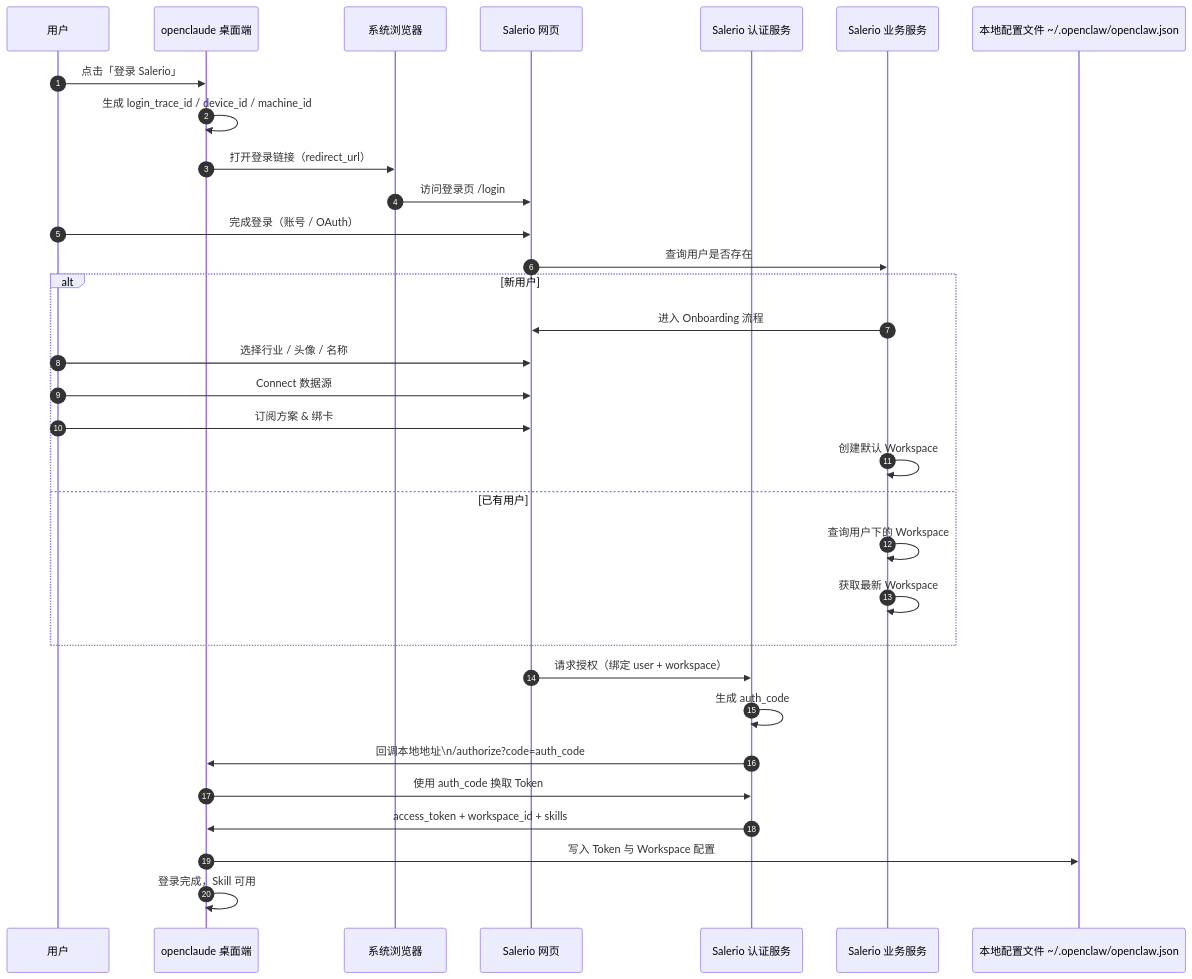
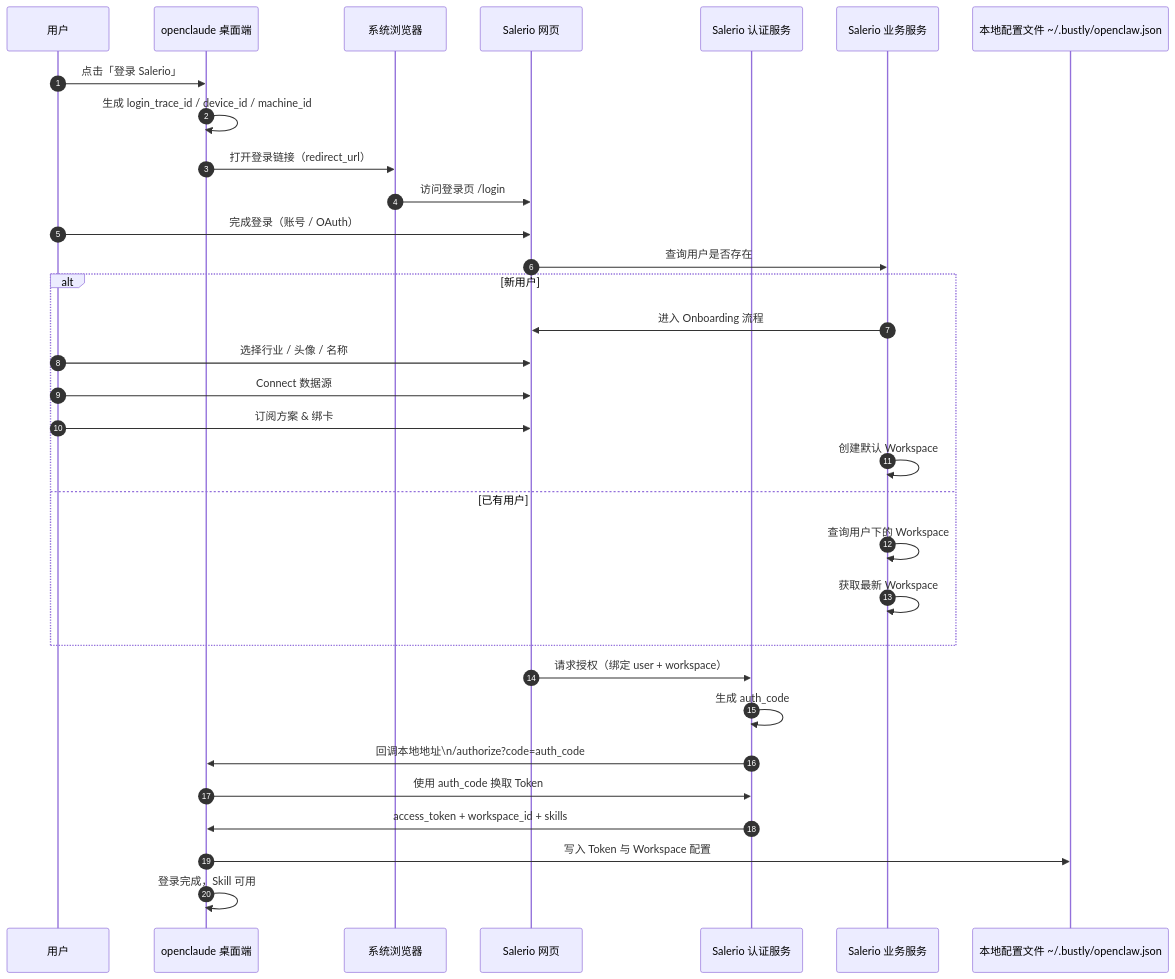
The diagram in docs/bustly/01、SignUp.md (salerio-ai/openclaw), drawn with Mermaid before and after one commit. The commit also changed other lines of this file and 256 other files, not shown here.

First line of the commit message:
refactor: 将默认配置目录从 .openclaw 重命名为 .bustly

````diff
--- a/docs/bustly/01、SignUp.md
+++ b/docs/bustly/01、SignUp.md
@@ -120,45 +120,45 @@
 ```mermaid
 sequenceDiagram
     autonumber
 
     participant 用户
     participant 桌面端 as openclaude 桌面端
     participant 浏览器 as 系统浏览器
     participant 网页端 as Salerio 网页
     participant 认证服务 as Salerio 认证服务
     participant 业务服务 as Salerio 业务服务
-    participant 桌面文件 as 本地配置文件 ~/.openclaw/openclaw.json
+    participant 桌面文件 as 本地配置文件 ~/.bustly/openclaw.json
 
     %% ===== 触发登录 =====
     用户->>桌面端: 点击「登录 Salerio」
     桌面端->>桌面端: 生成 login_trace_id / device_id / machine_id
     桌面端->>浏览器: 打开登录链接（redirect_url）
     浏览器->>网页端: 访问登录页 /login
     用户->>网页端: 完成登录（账号 / OAuth）
 
     %% ===== 用户存在性判断 =====
     网页端->>业务服务: 查询用户是否存在
     alt 新用户
         业务服务->>网页端: 进入 Onboarding 流程
         用户->>网页端: 选择行业 / 头像 / 名称
         用户->>网页端: Connect 数据源
         用户->>网页端: 订阅方案 & 绑卡
         业务服务->>业务服务: 创建默认 Workspace
     else 已有用户
         业务服务->>业务服务: 查询用户下的 Workspace
         业务服务->>业务服务: 获取最新 Workspace
     end
 
     %% ===== 授权与回调 =====
     网页端->>认证服务: 请求授权（绑定 user + workspace）
     认证服务->>认证服务: 生成 auth_code
     认证服务->>桌面端: 回调本地地址\n/authorize?code=auth_code
 
     %% ===== 换取 Token =====
     桌面端->>认证服务: 使用 auth_code 换取 Token
     认证服务->>桌面端: access_token + workspace_id + skills
 
     %% ===== 写入本地配置 =====
     桌面端->>桌面文件: 写入 Token 与 Workspace 配置
     桌面端->>桌面端: 登录完成，Skill 可用
 ```
````
